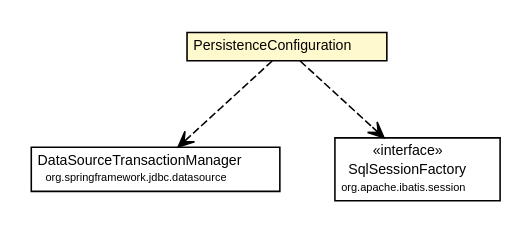
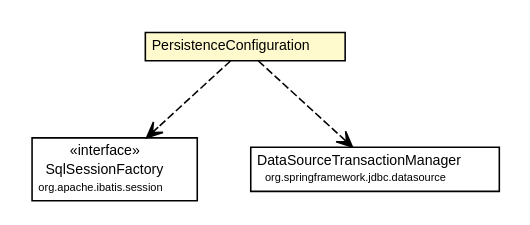
One commit to willmorejg/net.ljcomputing.entity changed the diagram in docs/javadoc/apidocs/net/ljcomputing/config/PersistenceConfiguration.dot. Above: the diagram before and after it, drawn with Graphviz. The commit also changed 67 other files, not shown here.

```diff
--- a/docs/javadoc/apidocs/net/ljcomputing/config/PersistenceConfiguration.dot
+++ b/docs/javadoc/apidocs/net/ljcomputing/config/PersistenceConfiguration.dot
@@ -1,37 +1,37 @@
 #!/usr/local/bin/dot
 #
 # Class diagram 
 # Generated by UMLGraph version R5_6 (http://www.umlgraph.org/)
 #
 
 digraph G {
 	edge [fontname="Helvetica",fontsize=10,labelfontname="Helvetica",labelfontsize=10];
 	node [fontname="Helvetica",fontsize=10,shape=plaintext];
 	nodesep=0.25;
 	ranksep=0.5;
 	// net.ljcomputing.config.PersistenceConfiguration
 	c175 [label=<<table title="net.ljcomputing.config.PersistenceConfiguration" border="0" cellborder="1" cellspacing="0" cellpadding="2" port="p" bgcolor="lemonChiffon" href="./PersistenceConfiguration.html">
 		<tr><td><table border="0" cellspacing="0" cellpadding="1">
 <tr><td align="center" balign="center"> PersistenceConfiguration </td></tr>
 		</table></td></tr>
 		</table>>, URL="./PersistenceConfiguration.html", fontname="Helvetica", fontcolor="black", fontsize=9.0];
+	// net.ljcomputing.config.PersistenceConfiguration DEPEND org.apache.ibatis.session.SqlSessionFactory
+	c175:p -> c179:p [taillabel="", label="", headlabel="", fontname="Helvetica", fontcolor="black", fontsize=10.0, color="black", arrowhead=open, style=dashed];
 	// net.ljcomputing.config.PersistenceConfiguration DEPEND org.springframework.jdbc.datasource.DataSourceTransactionManager
-	c175:p -> c184:p [taillabel="", label="", headlabel="", fontname="Helvetica", fontcolor="black", fontsize=10.0, color="black", arrowhead=open, style=dashed];
-	// net.ljcomputing.config.PersistenceConfiguration DEPEND org.apache.ibatis.session.SqlSessionFactory
 	c175:p -> c186:p [taillabel="", label="", headlabel="", fontname="Helvetica", fontcolor="black", fontsize=10.0, color="black", arrowhead=open, style=dashed];
 	// org.springframework.jdbc.datasource.DataSourceTransactionManager
-	c184 [label=<<table title="org.springframework.jdbc.datasource.DataSourceTransactionManager" border="0" cellborder="1" cellspacing="0" cellpadding="2" port="p">
+	c186 [label=<<table title="org.springframework.jdbc.datasource.DataSourceTransactionManager" border="0" cellborder="1" cellspacing="0" cellpadding="2" port="p">
 		<tr><td><table border="0" cellspacing="0" cellpadding="1">
 <tr><td align="center" balign="center"> DataSourceTransactionManager </td></tr>
 <tr><td align="center" balign="center"><font point-size="7.0"> org.springframework.jdbc.datasource </font></td></tr>
 		</table></td></tr>
 		</table>>, URL="null", fontname="Helvetica", fontcolor="black", fontsize=9.0];
 	// org.apache.ibatis.session.SqlSessionFactory
-	c186 [label=<<table title="org.apache.ibatis.session.SqlSessionFactory" border="0" cellborder="1" cellspacing="0" cellpadding="2" port="p">
+	c179 [label=<<table title="org.apache.ibatis.session.SqlSessionFactory" border="0" cellborder="1" cellspacing="0" cellpadding="2" port="p">
 		<tr><td><table border="0" cellspacing="0" cellpadding="1">
 <tr><td align="center" balign="center"> &#171;interface&#187; </td></tr>
 <tr><td align="center" balign="center"> SqlSessionFactory </td></tr>
 <tr><td align="center" balign="center"><font point-size="7.0"> org.apache.ibatis.session </font></td></tr>
 		</table></td></tr>
 		</table>>, URL="null", fontname="Helvetica", fontcolor="black", fontsize=9.0];
 }
```
